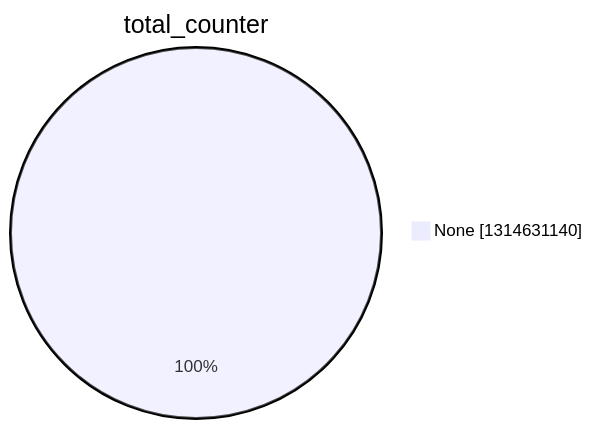
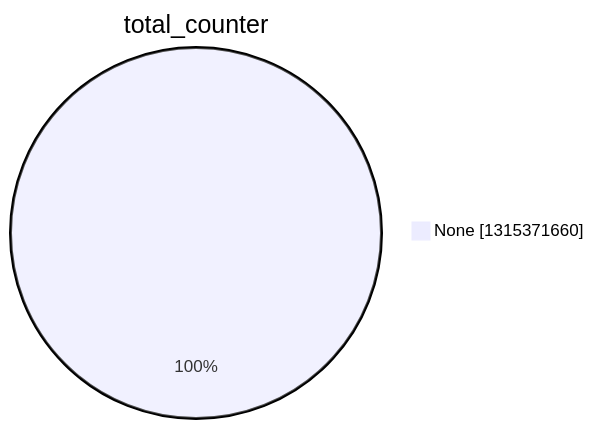
One commit to christiankrug/ctmonitor_visualization changed the second of 15 diagrams in argon2022/README.md. Above: the diagram before and after it, drawn with Mermaid. The commit also changed other lines of this file, not shown here.

````diff
--- a/argon2022/README.md
+++ b/argon2022/README.md
@@ -9,5 +9,5 @@
 ```mermaid
 pie showData
 title total_counter
-"None" :1314631140
+"None" :1315371660
 ```
````
